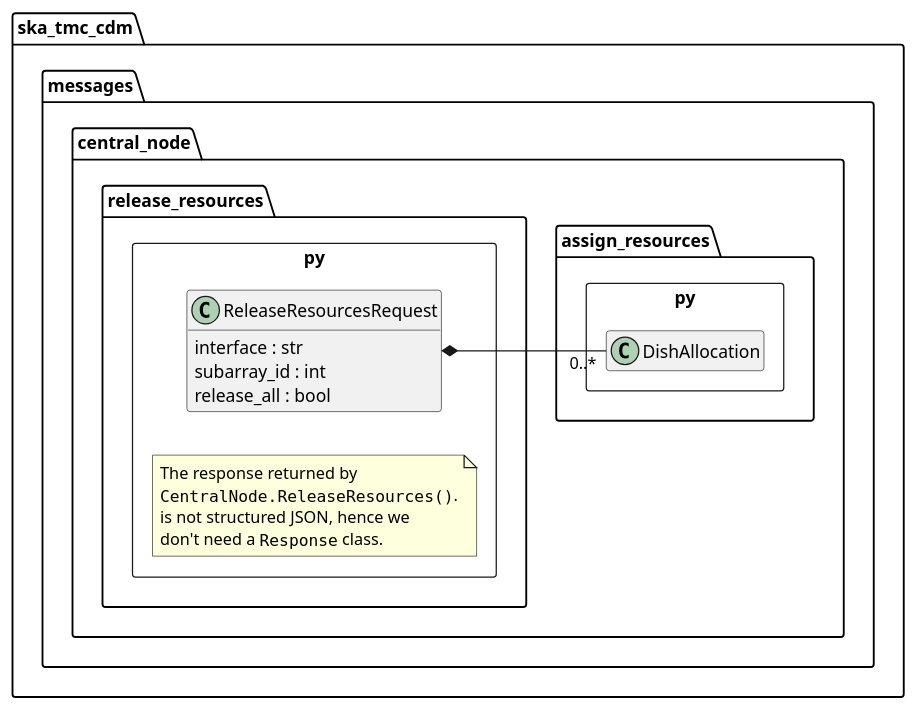
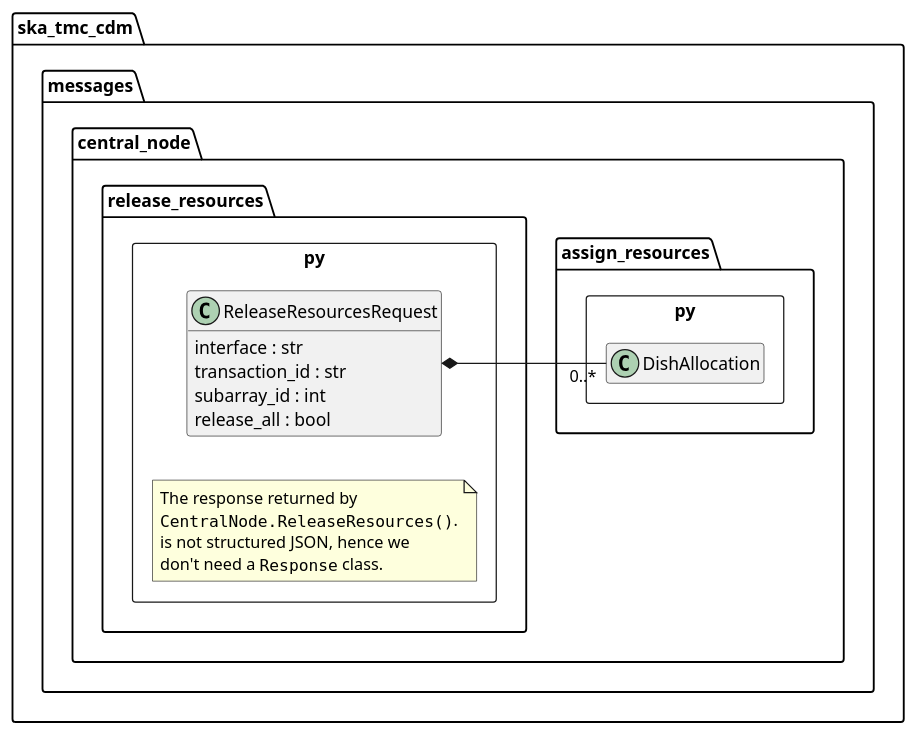
The diagram in docs/src/developer/centralnode/releaseresources.puml (ska-telescope/cdm-shared-library), drawn with PlantUML before and after one commit. The commit also changed 2 other files, not shown here.

Commit message:
AT2-855 update release_resources docs

```diff
--- a/docs/src/developer/centralnode/releaseresources.puml
+++ b/docs/src/developer/centralnode/releaseresources.puml
@@ -1,28 +1,29 @@
 @startuml
 hide empty members
 left to right direction
 
 package ska_tmc_cdm.messages.central_node {
-	package assign_resources.py <<Rectangle>> {
-		class DishAllocation
-	}
+    package assign_resources.py <<Rectangle>> {
+       class DishAllocation
+    }
 
-	package release_resources.py <<Rectangle>> {
-		class ReleaseResourcesRequest {
-      interface : str
-			subarray_id : int
-			release_all : bool
-		}
-		ReleaseResourcesRequest *-- "0..*" DishAllocation
+    package release_resources.py <<Rectangle>> {
+        class ReleaseResourcesRequest {
+            interface : str
+            transaction_id : str
+            subarray_id : int
+            release_all : bool
+        }
 
-		note as N1
-			The response returned by
-			""CentralNode.ReleaseResources()"".
-			is not structured JSON, hence we
-			don't need a ""Response"" class.
-		end note
-	}
+        ReleaseResourcesRequest *-- "0..*" DishAllocation
 
+        note as N1
+            The response returned by
+            ""CentralNode.ReleaseResources()"".
+            is not structured JSON, hence we
+            don't need a ""Response"" class.
+        end note
+    }
 }
 
 @enduml
```
